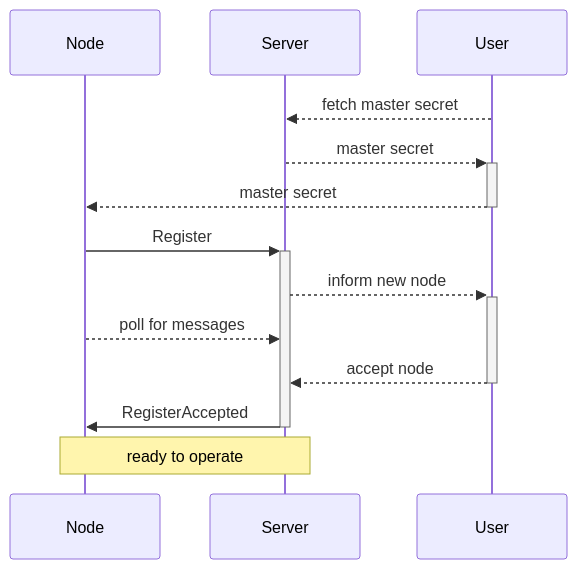
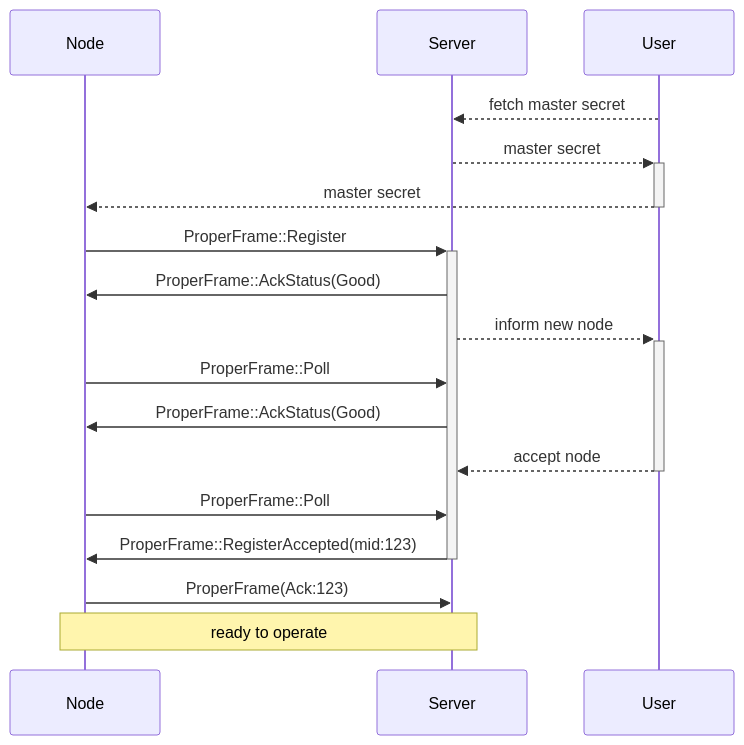
One commit to mpuromaki/proper-ha changed the first of 2 diagrams in flows.md. Above: the diagram before and after it, drawn with Mermaid. The commit also changed other lines of this file, not shown here.

Commit message:
Update flows.

````diff
--- a/flows.md
+++ b/flows.md
@@ -10,16 +10,20 @@
 ```mermaid
 sequenceDiagram
     participant Node
     participant Server
     participant User
 
     User-->>Server: fetch master secret
     Server-->>+User: master secret
     User-->>-Node: master secret
-    Node->>+Server: Register
+    Node->>+Server: ProperFrame::Register
+    Server->>Node: ProperFrame::AckStatus(Good)
     Server-->>+User: inform new node
-    Node-->>Server: poll for messages
+    Node->>Server: ProperFrame::Poll
+    Server->>Node: ProperFrame::AckStatus(Good)
     User-->>-Server: accept node
-    Server->>-Node: RegisterAccepted
+    Node->>Server: ProperFrame::Poll
+    Server->>-Node: ProperFrame::RegisterAccepted(mid:123)
+    Node->>Server: ProperFrame(Ack:123)
     note over Node,Server: ready to operate 
 ```
````
